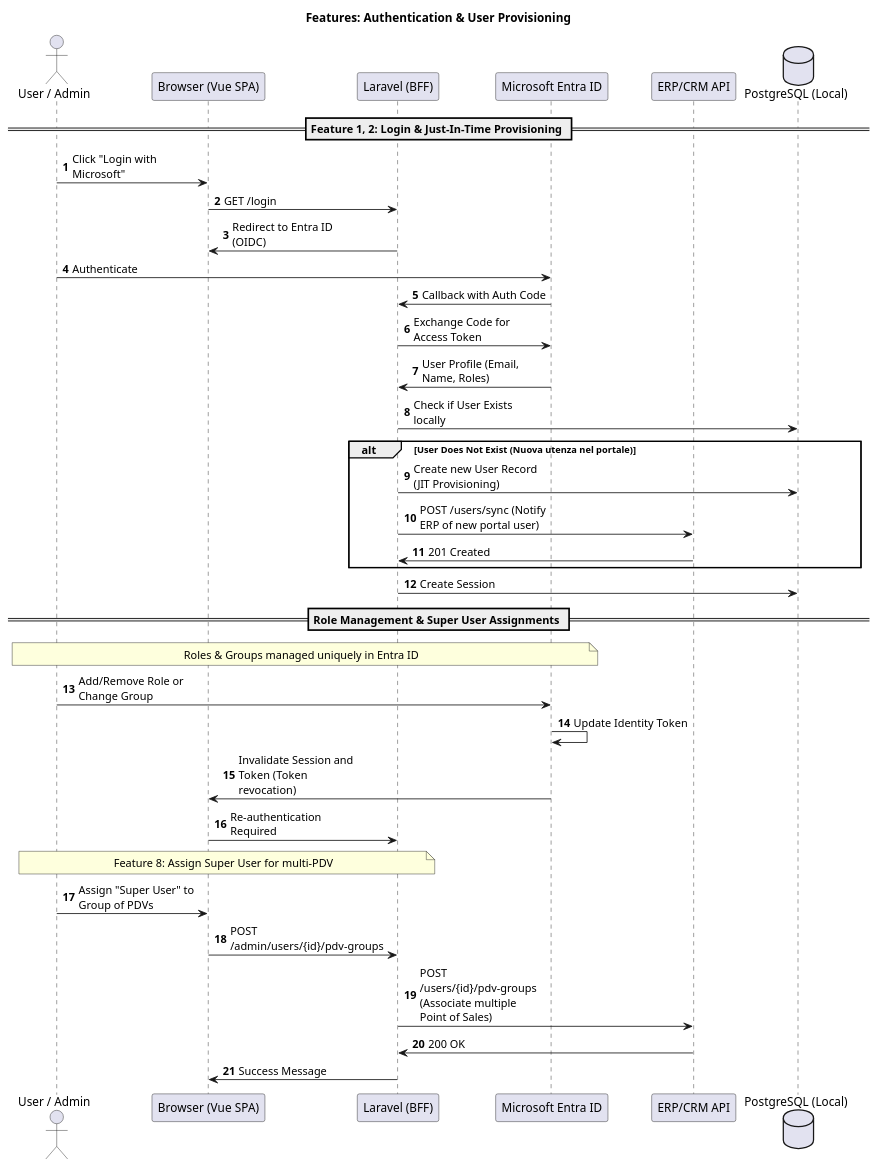
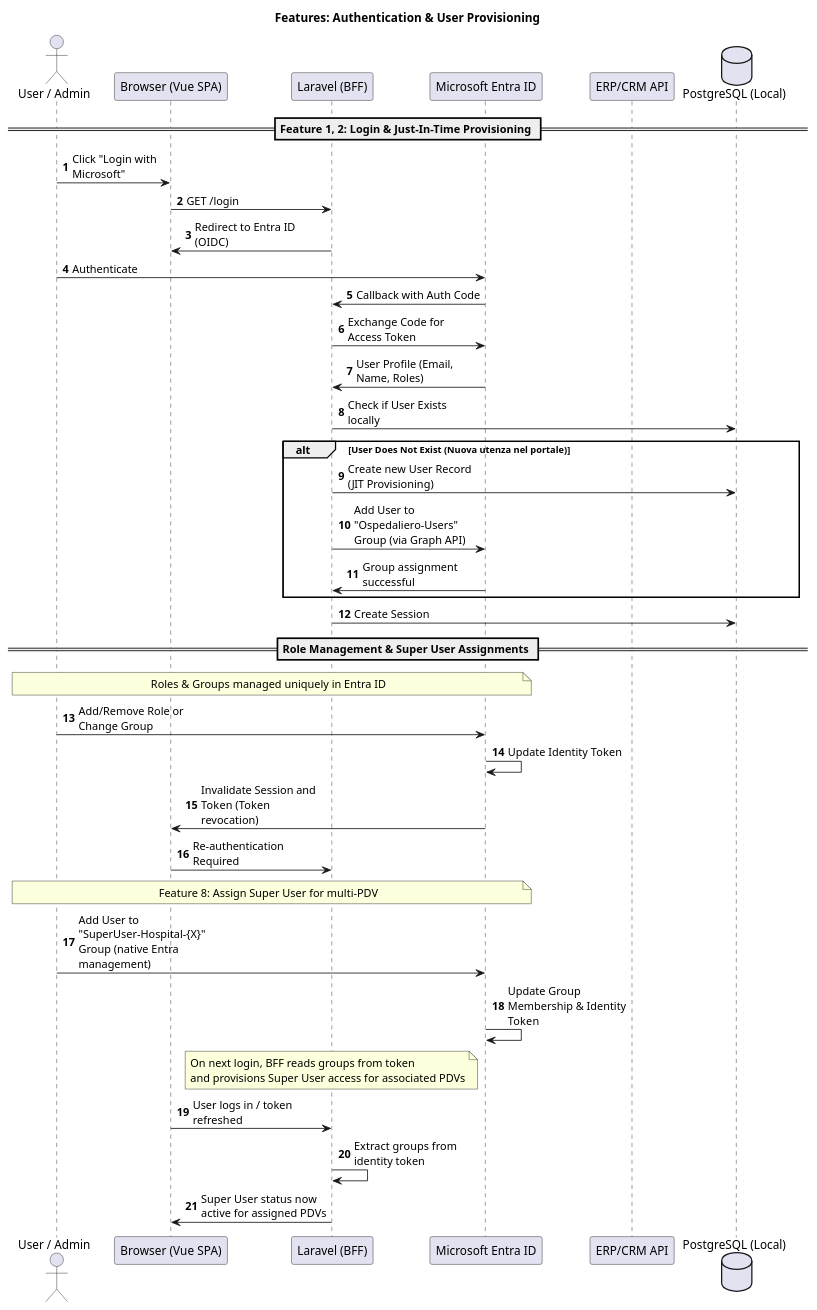
Before and after one commit to gant85/ospedaliero-design: the diagram in docs/diagrams/sequence-feat-login-users.puml, drawn with PlantUML.

Commit message:
fixed login

```diff
--- a/docs/diagrams/sequence-feat-login-users.puml
+++ b/docs/diagrams/sequence-feat-login-users.puml
@@ -1,46 +1,47 @@
 @startuml
 title Features: Authentication & User Provisioning
 skinparam maxMessageSize 150
 autonumber
 
 actor "User / Admin" as User
 participant "Browser (Vue SPA)" as Browser
 participant "Laravel (BFF)" as BFF
 participant "Microsoft Entra ID" as EntraID
 participant "ERP/CRM API" as API
 database "PostgreSQL (Local)" as DB
 
 == Feature 1, 2: Login & Just-In-Time Provisioning ==
 
 User -> Browser: Click "Login with Microsoft"
 Browser -> BFF: GET /login
 BFF -> Browser: Redirect to Entra ID (OIDC)
 User -> EntraID: Authenticate
 EntraID -> BFF: Callback with Auth Code
 BFF -> EntraID: Exchange Code for Access Token
 EntraID -> BFF: User Profile (Email, Name, Roles)
 
 BFF -> DB: Check if User Exists locally
 alt User Does Not Exist (Nuova utenza nel portale)
     BFF -> DB: Create new User Record (JIT Provisioning)
-    BFF -> API: POST /users/sync (Notify ERP of new portal user)
-    API -> BFF: 201 Created
+    BFF -> EntraID: Add User to "Ospedaliero-Users" Group (via Graph API)
+    EntraID -> BFF: Group assignment successful
 end
 BFF -> DB: Create Session
 
 == Role Management & Super User Assignments ==
 
 note over User, EntraID: Roles & Groups managed uniquely in Entra ID
 User -> EntraID: Add/Remove Role or Change Group
 EntraID -> EntraID: Update Identity Token
 EntraID -> Browser: Invalidate Session and Token (Token revocation)
 Browser -> BFF: Re-authentication Required
 
-note over User, BFF: Feature 8: Assign Super User for multi-PDV
-User -> Browser: Assign "Super User" to Group of PDVs
-Browser -> BFF: POST /admin/users/{id}/pdv-groups
-BFF -> API: POST /users/{id}/pdv-groups (Associate multiple Point of Sales)
-API -> BFF: 200 OK
-BFF -> Browser: Success Message
+note over User, EntraID: Feature 8: Assign Super User for multi-PDV
+User -> EntraID: Add User to "SuperUser-Hospital-{X}" Group (native Entra management)
+EntraID -> EntraID: Update Group Membership & Identity Token
+note over BFF: On next login, BFF reads groups from token\nand provisions Super User access for associated PDVs
+Browser -> BFF: User logs in / token refreshed
+BFF -> BFF: Extract groups from identity token
+BFF -> Browser: Super User status now active for assigned PDVs
 
 @enduml
```
